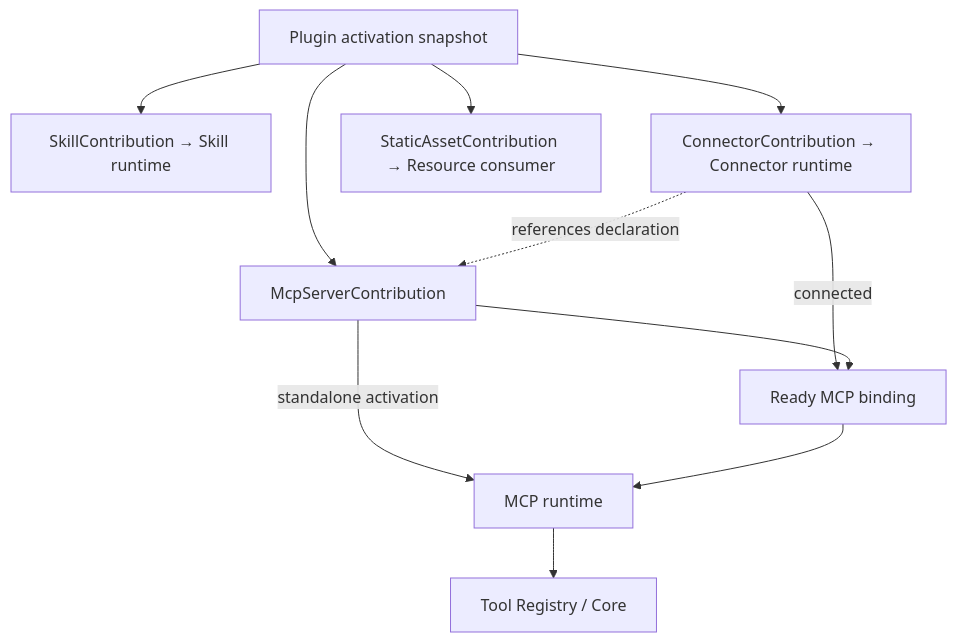
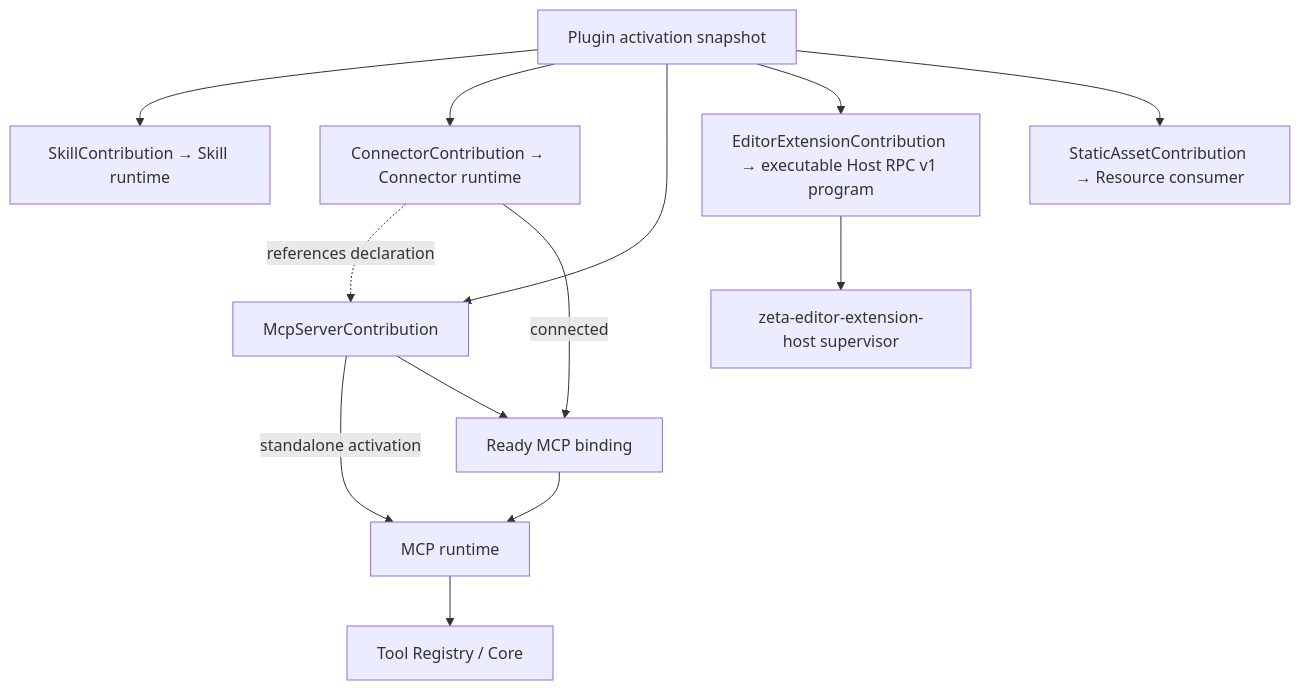
One commit to chogng/zeta changed the diagram in docs/plugins.md. Above: the diagram before and after it, drawn with Mermaid. The commit also changed other lines of this file and 262 other files, not shown here.

Commit message:
Implement expanded frontend architecture and product capabilities

````diff
--- a/docs/plugins.md
+++ b/docs/plugins.md
@@ -50,13 +52,15 @@
 ```mermaid
 flowchart TD
     P["Plugin activation snapshot"] --> S["SkillContribution → Skill runtime"]
     P --> C["ConnectorContribution → Connector runtime"]
     P --> M["McpServerContribution"]
+    P --> E["EditorExtensionContribution → executable Host RPC v1 program"]
     P --> A["StaticAssetContribution → Resource consumer"]
     C -. "references declaration" .-> M
     C -->|"connected"| B["Ready MCP binding"]
     M -->|"standalone activation"| R["MCP runtime"]
     M --> B
+    E --> H["zeta-editor-extension-host supervisor"]
     B --> R
     R --> T["Tool Registry / Core"]
 ```
````
